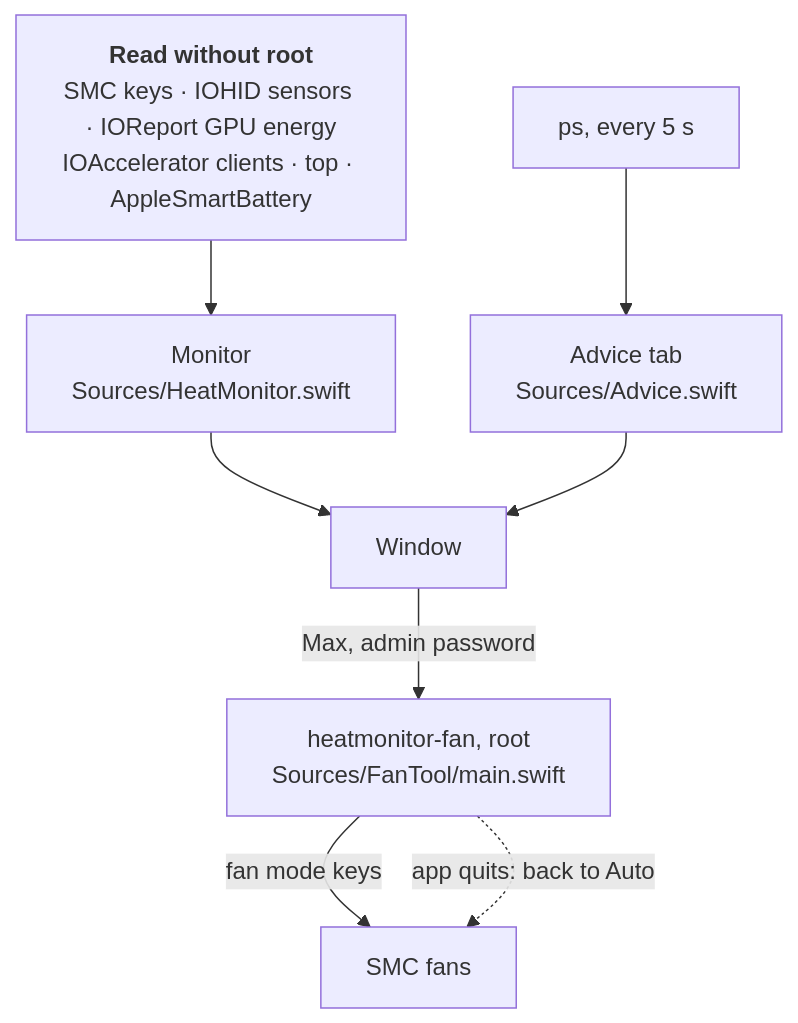
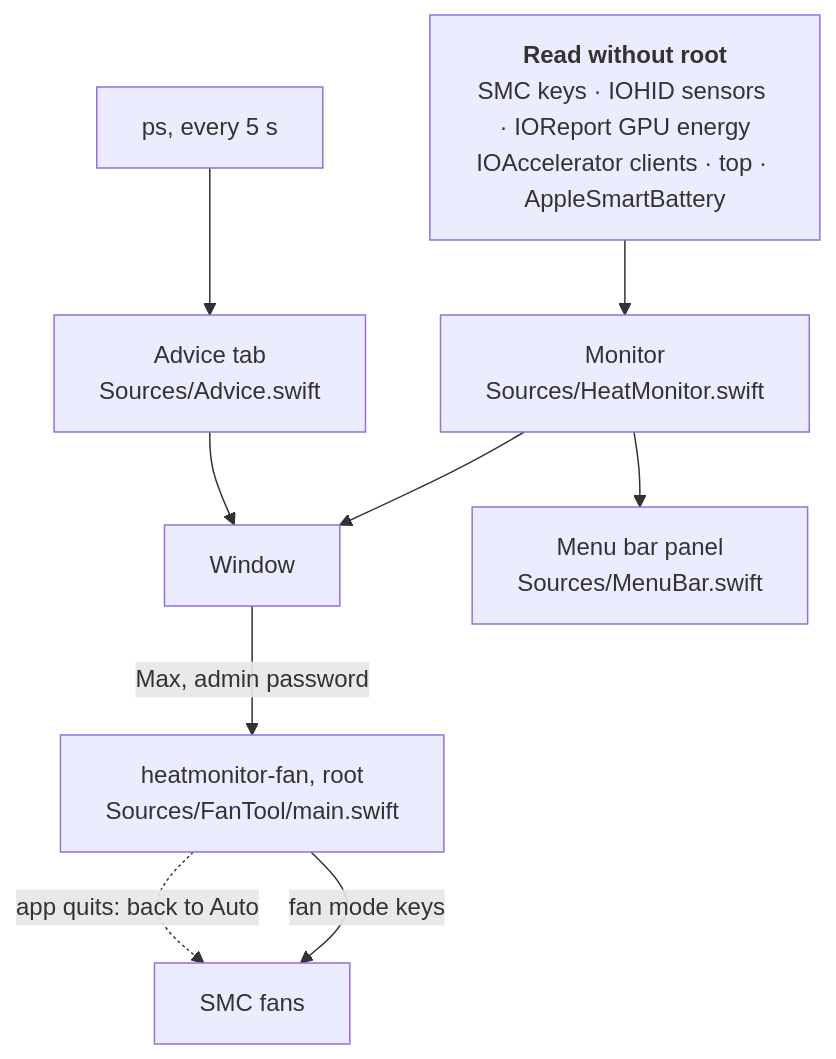
One commit to Disspear574/HeatMonitor changed the diagram in README.md. Above: the diagram before and after it, drawn with Mermaid. The commit also changed other lines of this file and 1 other file, not shown here.

Commit message:
docs: describe the menu bar, settings and polling on demand

````diff
--- a/README.md
+++ b/README.md
@@ -91,11 +108,12 @@
 ```mermaid
 flowchart TB
     Read["<b>Read without root</b><br/>SMC keys · IOHID sensors · IOReport GPU energy<br/>IOAccelerator clients · top · AppleSmartBattery"]
     Read --> Monitor["Monitor<br/>Sources/HeatMonitor.swift"]
     PS["ps, every 5 s"] --> Advice["Advice tab<br/>Sources/Advice.swift"]
     Monitor --> Window[Window]
+    Monitor --> Panel["Menu bar panel<br/>Sources/MenuBar.swift"]
     Advice --> Window
     Window -- "Max, admin password" --> Fan["heatmonitor-fan, root<br/>Sources/FanTool/main.swift"]
     Fan -- "fan mode keys" --> Fans[SMC fans]
     Fan -. "app quits: back to Auto" .-> Fans
 ```
````
